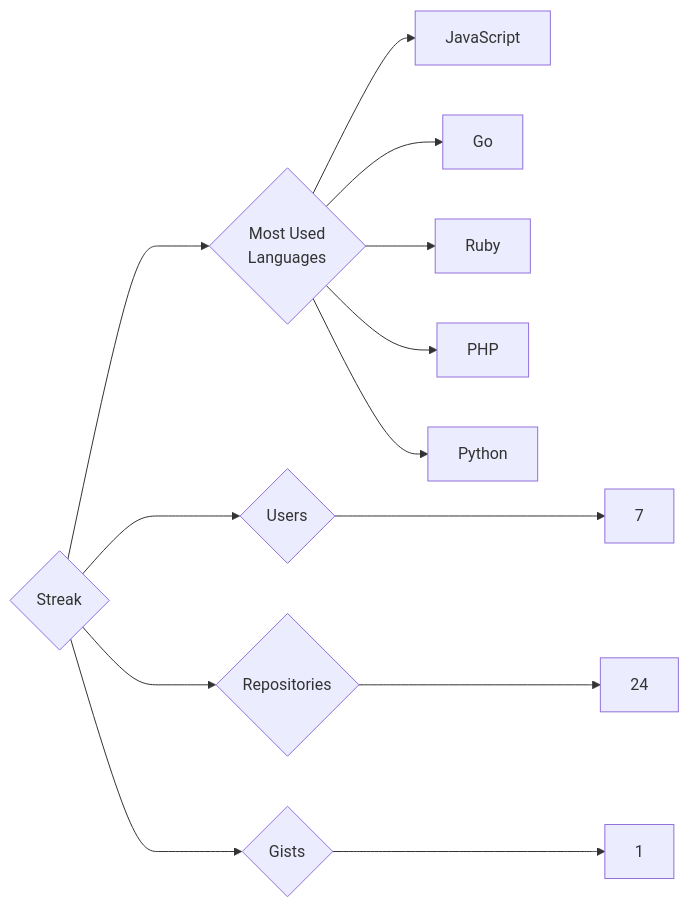
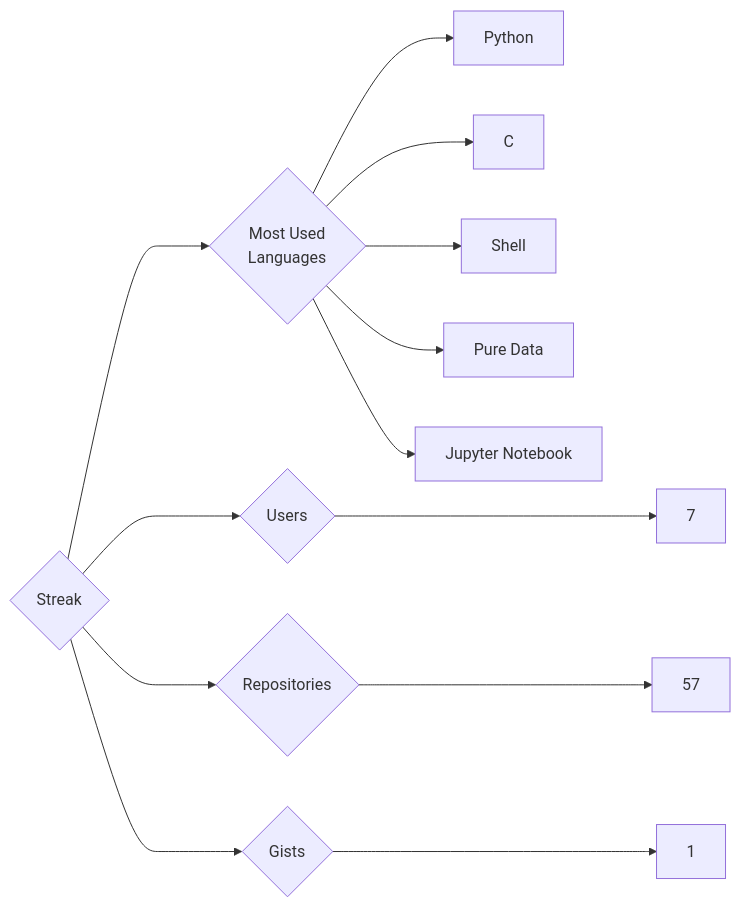
The diagram in targets/Streak/README.md (trickest/insiders), drawn with Mermaid before and after one commit. The commit also changed 948 other files, not shown here.

````diff
--- a/targets/Streak/README.md
+++ b/targets/Streak/README.md
@@ -3,13 +3,13 @@
 ```mermaid
 graph LR
 COMPANY_NAME{Streak}
 COMPANY_NAME ---> U{Users} ---> UN[7]
-COMPANY_NAME ---> R{Repositories} ---> RN[24]
+COMPANY_NAME ---> R{Repositories} ---> RN[57]
 COMPANY_NAME ---> G{Gists} ---> GN[1]
 COMPANY_NAME ---> ML{Most Used<br>Languages}
-ML --> JavaScript[JavaScript]
-ML --> Go[Go]
-ML --> Ruby[Ruby]
-ML --> PHP[PHP]
 ML --> Python[Python]
+ML --> C[C]
+ML --> Shell[Shell]
+ML --> Pure_Data[Pure Data]
+ML --> Jupyter_Notebook[Jupyter Notebook]
 ```
````
